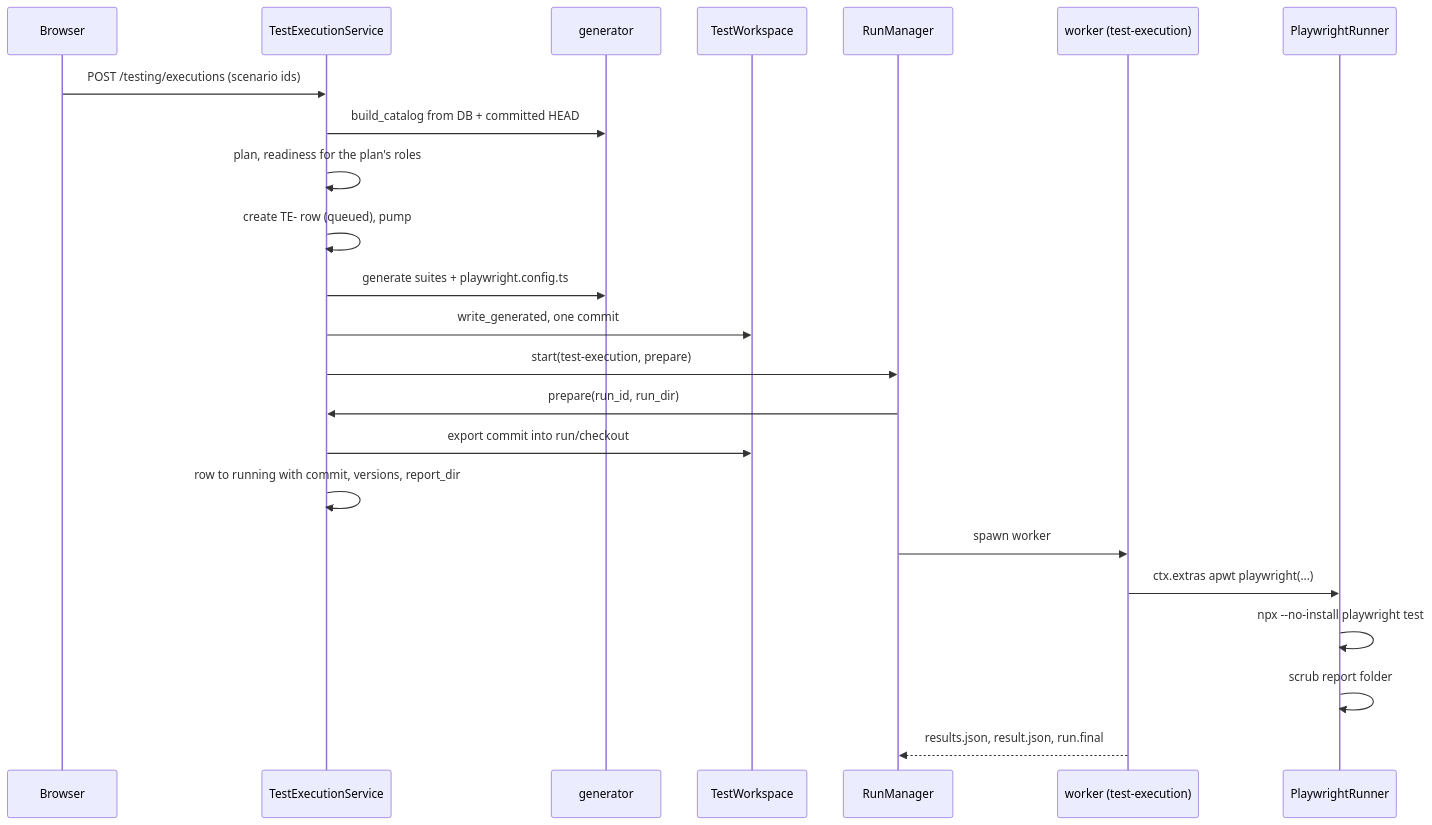
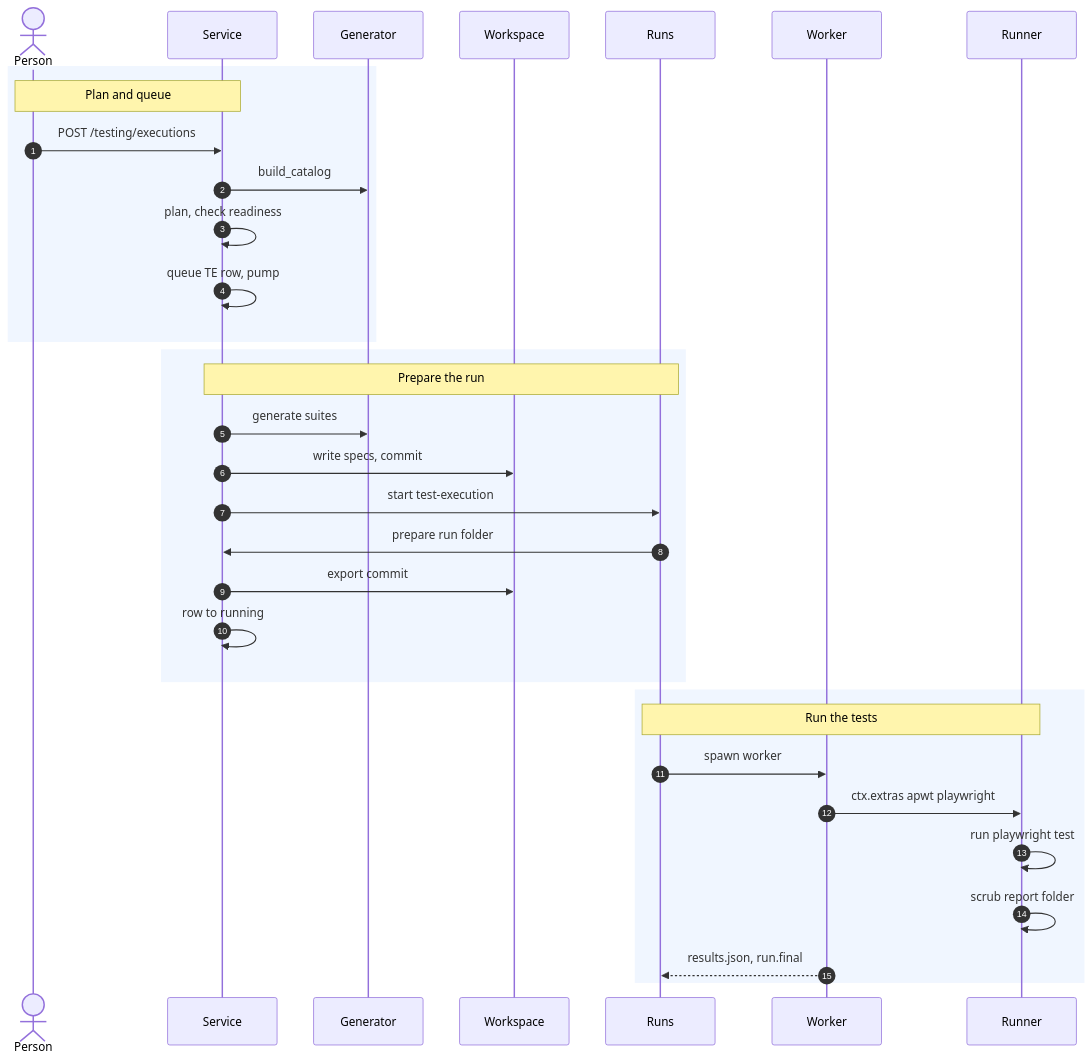
One commit to ram-020998/project-tracker changed the sixth of 7 diagrams in genesis/architecture/modules/testing.md. Above: the diagram before and after it, drawn with Mermaid. The commit also changed other lines of this file and 24 other files, not shown here.

First line of the commit message:
architecture: rewrite all 86 Mermaid diagrams to one C4 style, each render-checked

````diff
--- a/genesis/architecture/modules/testing.md
+++ b/genesis/architecture/modules/testing.md
@@ -414,25 +468,35 @@
 ```mermaid
 sequenceDiagram
-    participant UI as Browser
-    participant ES as TestExecutionService
-    participant Gen as generator
-    participant WS as TestWorkspace
-    participant RM as RunManager
-    participant Wk as worker (test-execution)
-    participant R as PlaywrightRunner
-    UI->>ES: POST /testing/executions (scenario ids)
-    ES->>Gen: build_catalog from DB + committed HEAD
-    ES->>ES: plan, readiness for the plan's roles
-    ES->>ES: create TE- row (queued), pump
-    ES->>Gen: generate suites + playwright.config.ts
-    ES->>WS: write_generated, one commit
-    ES->>RM: start(test-execution, prepare)
-    RM->>ES: prepare(run_id, run_dir)
-    ES->>WS: export commit into run/checkout
-    ES->>ES: row to running with commit, versions, report_dir
+    autonumber
+    actor U as Person
+    participant ES as Service
+    participant Gen as Generator
+    participant WS as Workspace
+    participant RM as Runs
+    participant Wk as Worker
+    participant R as Runner
+    rect rgb(240, 246, 255)
+    Note over U,ES: Plan and queue
+    U->>ES: POST /testing/executions
+    ES->>Gen: build_catalog
+    ES->>ES: plan, check readiness
+    ES->>ES: queue TE row, pump
+    end
+    rect rgb(240, 246, 255)
+    Note over ES,RM: Prepare the run
+    ES->>Gen: generate suites
+    ES->>WS: write specs, commit
+    ES->>RM: start test-execution
+    RM->>ES: prepare run folder
+    ES->>WS: export commit
+    ES->>ES: row to running
+    end
+    rect rgb(240, 246, 255)
+    Note over RM,R: Run the tests
     RM->>Wk: spawn worker
-    Wk->>R: ctx.extras apwt playwright(...)
-    R->>R: npx --no-install playwright test
+    Wk->>R: ctx.extras apwt playwright
+    R->>R: run playwright test
     R->>R: scrub report folder
-    Wk-->>RM: results.json, result.json, run.final
+    Wk-->>RM: results.json, run.final
+    end
 ```
````
